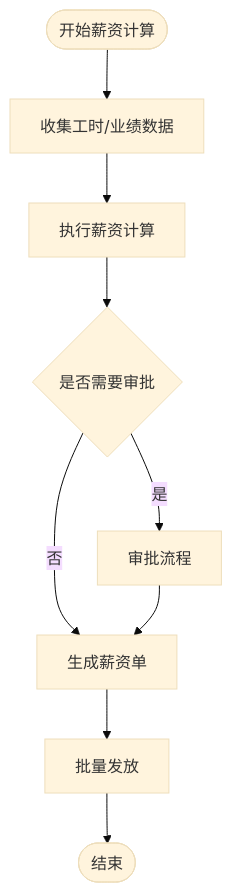
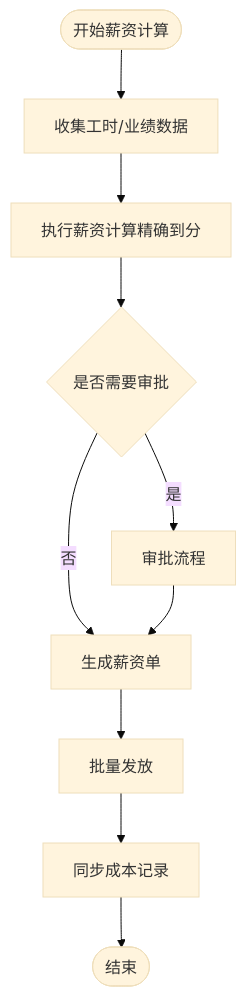
Before and after one commit to rc558620/purelyprofit-server: the seventh of 8 diagrams in .qoder/repowiki/zh/content/业务模块/员工管理模块/员工管理模块.md, drawn with Mermaid (base theme). The commit also changed other lines of this file and 35 other files, not shown here.

````diff
--- a/.qoder/repowiki/zh/content/业务模块/员工管理模块/员工管理模块.md
+++ b/.qoder/repowiki/zh/content/业务模块/员工管理模块/员工管理模块.md
@@ -270,11 +331,12 @@
 ```mermaid
 flowchart TD
 Start(["开始薪资计算"]) --> Collect["收集工时/业绩数据"]
-Collect --> Calc["执行薪资计算"]
+Collect --> Calc["执行薪资计算精确到分"]
 Calc --> Approve{"是否需要审批"}
 Approve --> |是| Review["审批流程"]
 Approve --> |否| Issue["生成薪资单"]
 Review --> Issue
 Issue --> Pay["批量发放"]
-Pay --> End(["结束"])
+Pay --> SyncCosts["同步成本记录"]
+SyncCosts --> End(["结束"])
 ```
````
